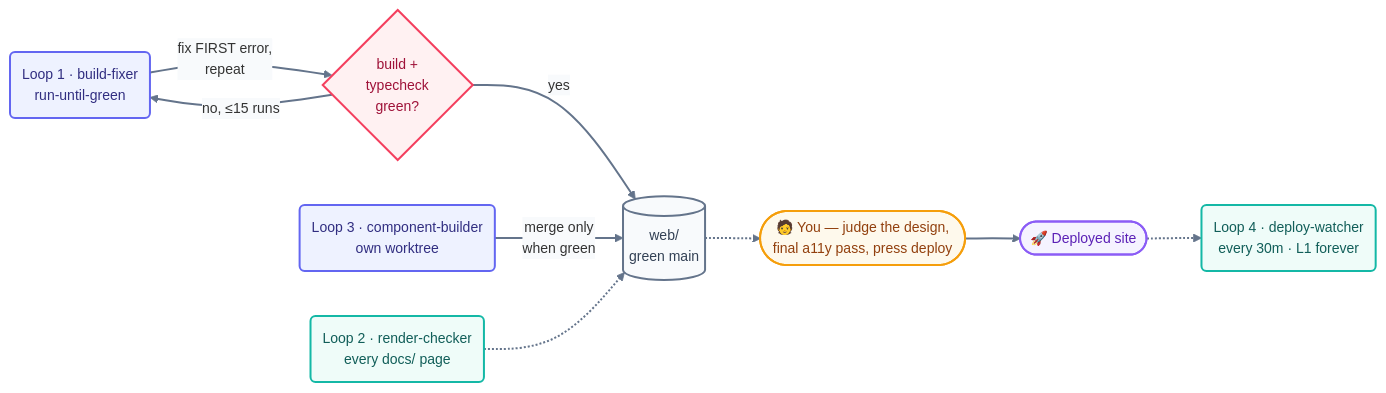
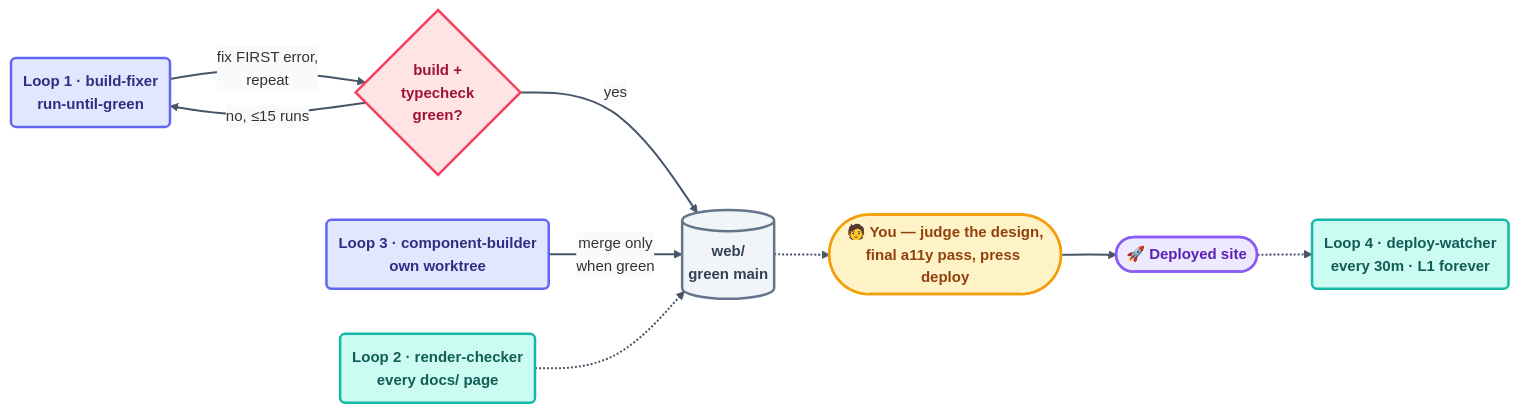
The diagram in days-plans/day4-plan.md (ayeshakhalid192007-dev/LoopEngineering-CrashCourse), drawn with Mermaid before and after one commit. The commit also changed 66 other files, not shown here.

First line of the commit message:
docs(diagrams): visibly bolder pass — deeper fills, heavier strokes, semibold labels

````diff
--- a/days-plans/day4-plan.md
+++ b/days-plans/day4-plan.md
@@ -57,19 +57,19 @@
 ```mermaid
-%%{init: {'theme':'base','themeVariables':{'fontFamily':'ui-sans-serif, system-ui, sans-serif','fontSize':'14px','lineColor':'#64748b','edgeLabelBackground':'#f8fafc'},'flowchart':{'curve':'basis','nodeSpacing':45,'rankSpacing':55,'padding':12}}}%%
+%%{init: {'theme':'base','themeVariables':{'fontFamily':'ui-sans-serif, system-ui, sans-serif','fontSize':'15px','lineColor':'#475569','edgeLabelBackground':'#f8fafc'},'flowchart':{'curve':'basis','nodeSpacing':45,'rankSpacing':55,'padding':12}}}%%
 flowchart LR
     L1("Loop 1 · build-fixer<br/>run-until-green"):::maker -->|fix FIRST error,<br/>repeat| BUILD{"build +<br/>typecheck<br/>green?"}:::verify
     BUILD -->|no, ≤15 runs| L1
     BUILD -->|yes| SITE[("web/<br/>green main")]:::file
     L3("Loop 3 · component-builder<br/>own worktree"):::maker -->|merge only<br/>when green| SITE
     L2("Loop 2 · render-checker<br/>every docs/ page"):::check -.-> SITE
     H(["🧑 You — judge the design,<br/>final a11y pass, press deploy"]):::human --> DEP(["🚀 Deployed site"]):::win
     SITE -.-> H
     DEP -.-> L4("Loop 4 · deploy-watcher<br/>every 30m · L1 forever"):::check
-    linkStyle default stroke:#64748b,stroke-width:2px;
-    classDef maker fill:#eef2ff,stroke:#6366f1,stroke-width:2px,color:#312e81;
-    classDef check fill:#effcf9,stroke:#14b8a6,stroke-width:2px,color:#115e59;
-    classDef verify fill:#fff1f2,stroke:#f43f5e,stroke-width:2px,color:#9f1239;
-    classDef file fill:#f8fafc,stroke:#64748b,stroke-width:2px,color:#334155;
-    classDef human fill:#fef9ec,stroke:#f59e0b,stroke-width:2px,color:#92400e;
-    classDef win fill:#f5f3ff,stroke:#8b5cf6,stroke-width:2px,color:#5b21b6;
+    linkStyle default stroke:#475569,stroke-width:2px;
+    classDef maker fill:#e0e7ff,stroke:#6366f1,stroke-width:2.5px,color:#312e81,font-weight:600;
+    classDef check fill:#ccfbf1,stroke:#14b8a6,stroke-width:2.5px,color:#115e59,font-weight:600;
+    classDef verify fill:#ffe4e6,stroke:#f43f5e,stroke-width:2.5px,color:#9f1239,font-weight:600;
+    classDef file fill:#f1f5f9,stroke:#64748b,stroke-width:2.5px,color:#334155,font-weight:600;
+    classDef human fill:#fef3c7,stroke:#f59e0b,stroke-width:2.5px,color:#92400e,font-weight:600;
+    classDef win fill:#ede9fe,stroke:#8b5cf6,stroke-width:2.5px,color:#5b21b6,font-weight:600;
 ```
````
